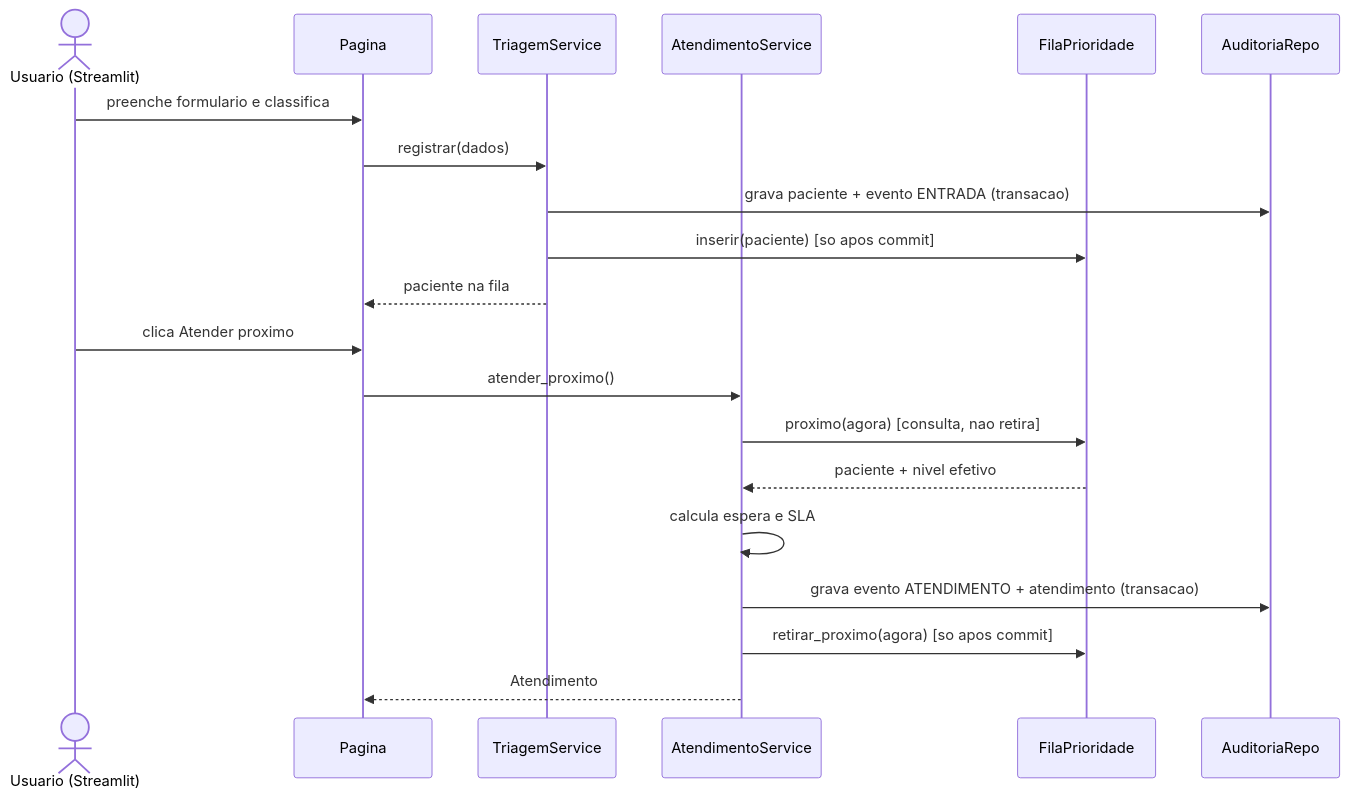
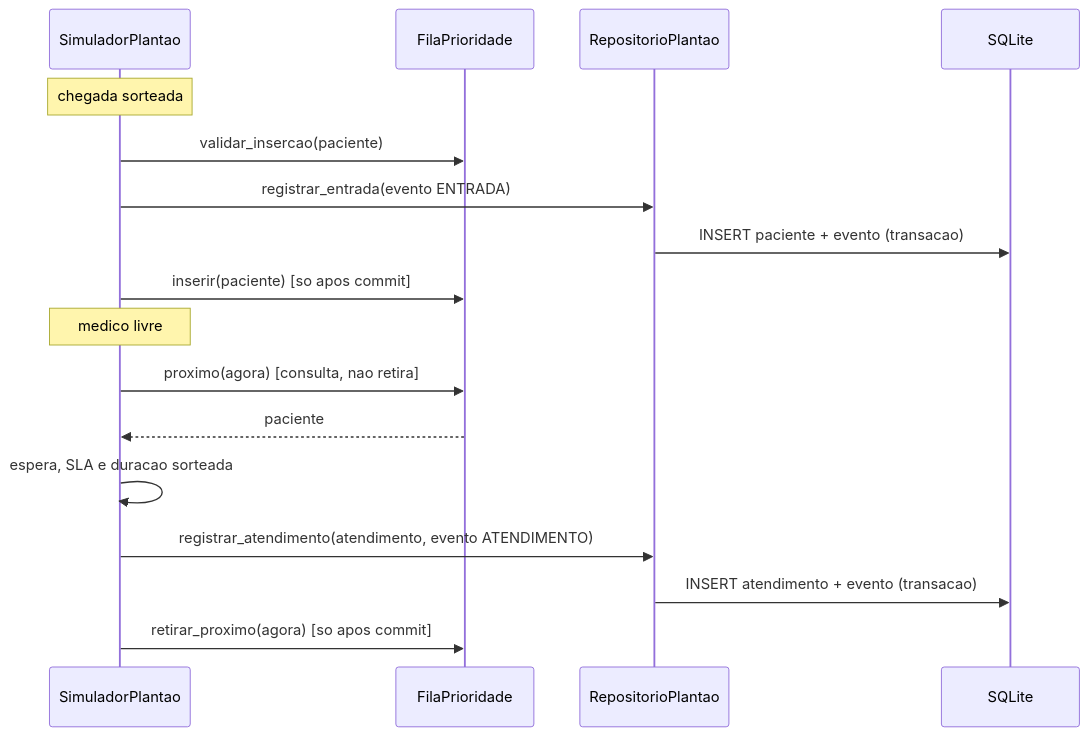
Before and after one commit to jjoollbu/sus-priority-scheduler: the third of 4 diagrams in docs/arquitetura_e_uml.md, drawn with Mermaid. The commit also changed other lines of this file and 3 other files, not shown here.

````diff
--- a/docs/arquitetura_e_uml.md
+++ b/docs/arquitetura_e_uml.md
@@ -345,22 +336,19 @@
 ```mermaid
 sequenceDiagram
-    actor U as Usuario (Streamlit)
-    participant UI as Pagina
-    participant TS as TriagemService
-    participant AS as AtendimentoService
+    participant SIM as SimuladorPlantao
     participant F as FilaPrioridade
-    participant AR as AuditoriaRepo
-    U->>UI: preenche formulario e classifica
-    UI->>TS: registrar(dados)
-    TS->>AR: grava paciente + evento ENTRADA (transacao)
-    TS->>F: inserir(paciente)  [so apos commit]
-    TS-->>UI: paciente na fila
-    U->>UI: clica Atender proximo
-    UI->>AS: atender_proximo()
-    AS->>F: proximo(agora)  [consulta, nao retira]
-    F-->>AS: paciente + nivel efetivo
-    AS->>AS: calcula espera e SLA
-    AS->>AR: grava evento ATENDIMENTO + atendimento (transacao)
-    AS->>F: retirar_proximo(agora)  [so apos commit]
-    AS-->>UI: Atendimento
+    participant R as RepositorioPlantao
+    participant DB as SQLite
+    Note over SIM: chegada sorteada
+    SIM->>F: validar_insercao(paciente)
+    SIM->>R: registrar_entrada(evento ENTRADA)
+    R->>DB: INSERT paciente + evento (transacao)
+    SIM->>F: inserir(paciente)  [so apos commit]
+    Note over SIM: medico livre
+    SIM->>F: proximo(agora)  [consulta, nao retira]
+    F-->>SIM: paciente
+    SIM->>SIM: espera, SLA e duracao sorteada
+    SIM->>R: registrar_atendimento(atendimento, evento ATENDIMENTO)
+    R->>DB: INSERT atendimento + evento (transacao)
+    SIM->>F: retirar_proximo(agora)  [so apos commit]
 ```
````
